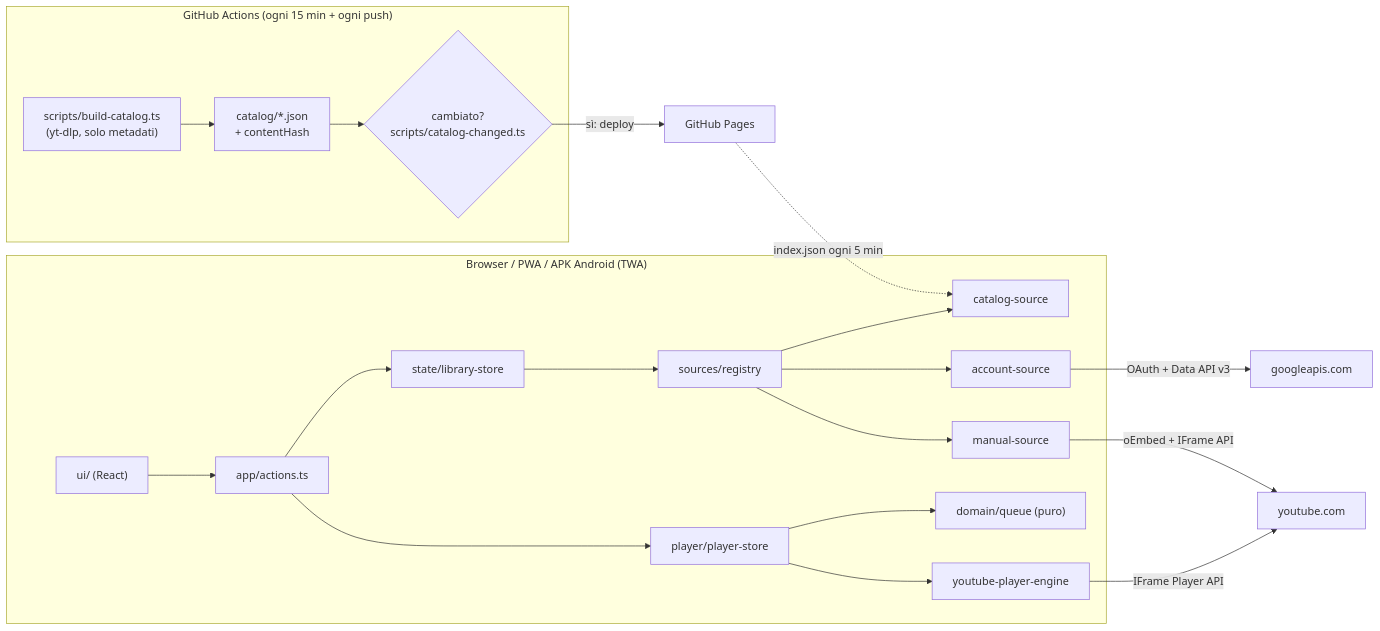
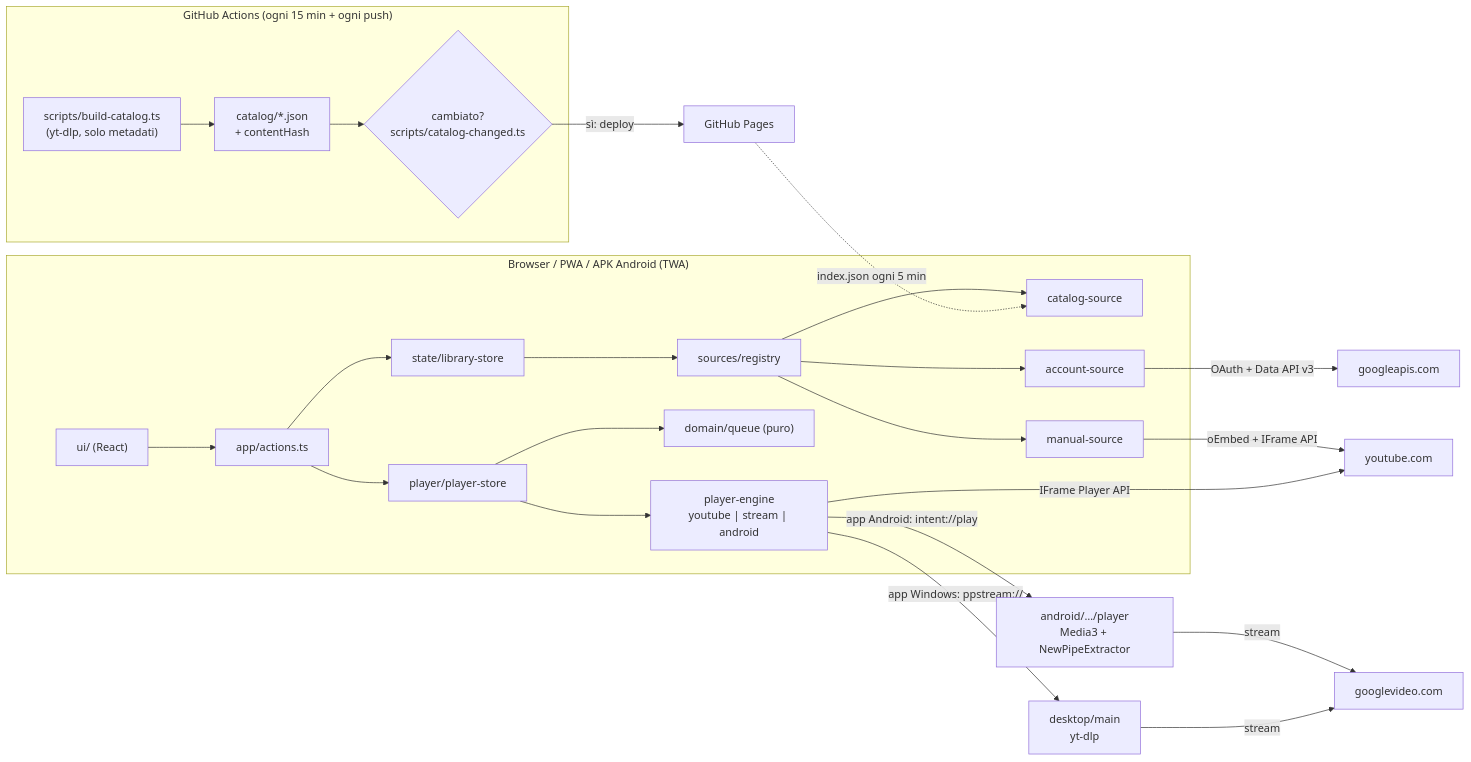
Before and after one commit to progliodario/playlist-player: the diagram in docs/sviluppo/architettura.md, drawn with Mermaid. The commit also changed other lines of this file and 22 other files, not shown here.

````diff
--- a/docs/sviluppo/architettura.md
+++ b/docs/sviluppo/architettura.md
@@ -9,23 +10,27 @@
 ```mermaid
 flowchart LR
   subgraph CI["GitHub Actions (ogni 15 min + ogni push)"]
     YTDLP["scripts/build-catalog.ts<br/>(yt-dlp, solo metadati)"] --> CAT["catalog/*.json<br/>+ contentHash"]
     CAT --> CMP{"cambiato?<br/>scripts/catalog-changed.ts"}
   end
   subgraph Browser["Browser / PWA / APK Android (TWA)"]
     UI["ui/ (React)"] --> ACT["app/actions.ts"]
     ACT --> LIB["state/library-store"]
     ACT --> PS["player/player-store"]
     LIB --> SRC["sources/registry"]
     SRC --> S1["catalog-source"]
     SRC --> S2["account-source"]
     SRC --> S3["manual-source"]
     PS --> Q["domain/queue (puro)"]
-    PS --> ENG["youtube-player-engine"]
+    PS --> ENG["player-engine<br/>youtube | stream | android"]
   end
+  ENG -- "app Android: intent://play" --> NAT["android/…/player<br/>Media3 + NewPipeExtractor"]
+  ENG -- "app Windows: ppstream://" --> DESK["desktop/main<br/>yt-dlp"]
   CMP -- "sì: deploy" --> PAGES["GitHub Pages"]
   PAGES -. "index.json ogni 5 min" .-> S1
   S2 -- "OAuth + Data API v3" --> GAPI["googleapis.com"]
   S3 -- "oEmbed + IFrame API" --> YT["youtube.com"]
   ENG -- "IFrame Player API" --> YT
+  NAT -- "stream" --> GV["googlevideo.com"]
+  DESK -- "stream" --> GV
 ```
````
